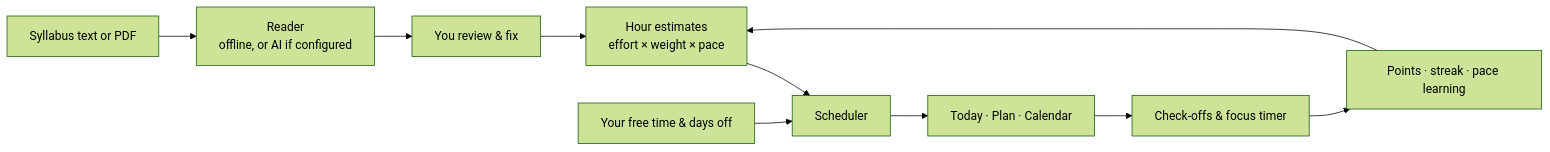
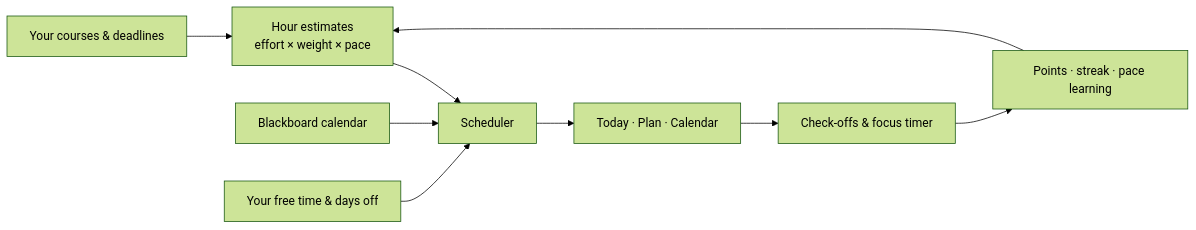
The diagram in README.md (paubar-ui/syllabuddy), drawn with Mermaid (forest theme) before and after one commit. The commit also changed other lines of this file and 37 other files, not shown here.

````diff
--- a/README.md
+++ b/README.md
@@ -78,12 +81,11 @@
 ```mermaid
 flowchart LR
-  A[Syllabus text or PDF] --> B[Reader<br/>offline, or AI if configured]
-  B --> C[You review & fix]
-  C --> D[Hour estimates<br/>effort × weight × pace]
+  A[Your courses & deadlines] --> D[Hour estimates<br/>effort × weight × pace]
+  B[Blackboard calendar] --> E
   D --> E[Scheduler]
   F[Your free time & days off] --> E
   E --> G[Today · Plan · Calendar]
   G --> H[Check-offs & focus timer]
   H --> I[Points · streak · pace learning]
   I --> D
 ```
````
